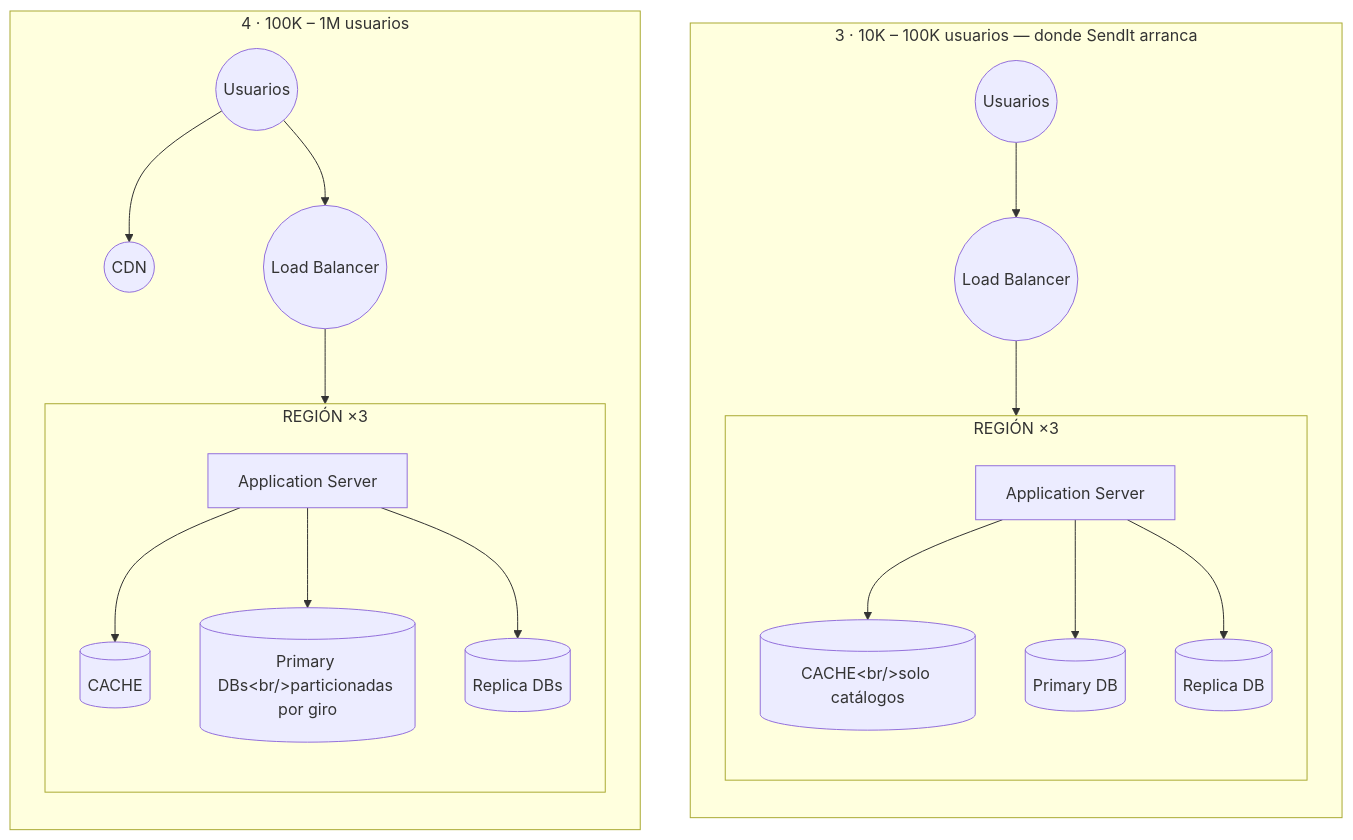
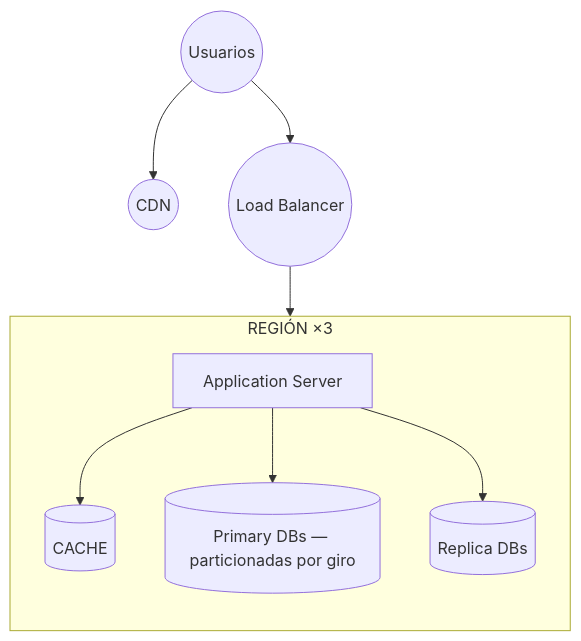
Before and after one commit to LuisMUtec/SWA-Labs: the fourth of 5 diagrams in LAB03-SendIt/redale/E-escalar/README.md, drawn with Mermaid. The commit also changed other lines of this file and 3 other files, not shown here.

````diff
--- a/LAB03-SendIt/redale/E-escalar/README.md
+++ b/LAB03-SendIt/redale/E-escalar/README.md
@@ -193,26 +213,12 @@
 ```mermaid
 flowchart TB
-  subgraph T3["3 · 10K – 100K usuarios — donde SendIt arranca"]
+  U4(("Usuarios")) --> CDN4(("CDN"))
+  U4 --> LB4(("Load Balancer"))
+  LB4 --> AS4
+  subgraph R4["REGIÓN ×3"]
     direction TB
-    U3(("Usuarios")) --> LB3(("Load Balancer"))
-    subgraph R3["REGIÓN &times;3"]
-      direction TB
-      AS3["Application Server"] --> CA3[("CACHE&lt;br/&gt;solo catálogos")]
-      AS3 --> PDB3[("Primary DB")]
-      AS3 --> RDB3[("Replica DB")]
-    end
-    LB3 --> AS3
-  end
-  subgraph T4["4 · 100K – 1M usuarios"]
-    direction TB
-    U4(("Usuarios")) --> CDN4(("CDN"))
-    U4 --> LB4(("Load Balancer"))
-    subgraph R4["REGIÓN &times;3"]
-      direction TB
-      AS4["Application Server"] --> CA4[("CACHE")]
-      AS4 --> PDB4[("Primary DBs&lt;br/&gt;particionadas por giro")]
-      AS4 --> RDB4[("Replica DBs")]
-    end
-    LB4 --> AS4
+    AS4["Application Server"] --> CA4[("CACHE")]
+    AS4 --> PDB4[("Primary DBs — particionadas por giro")]
+    AS4 --> RDB4[("Replica DBs")]
   end
 ```
````
